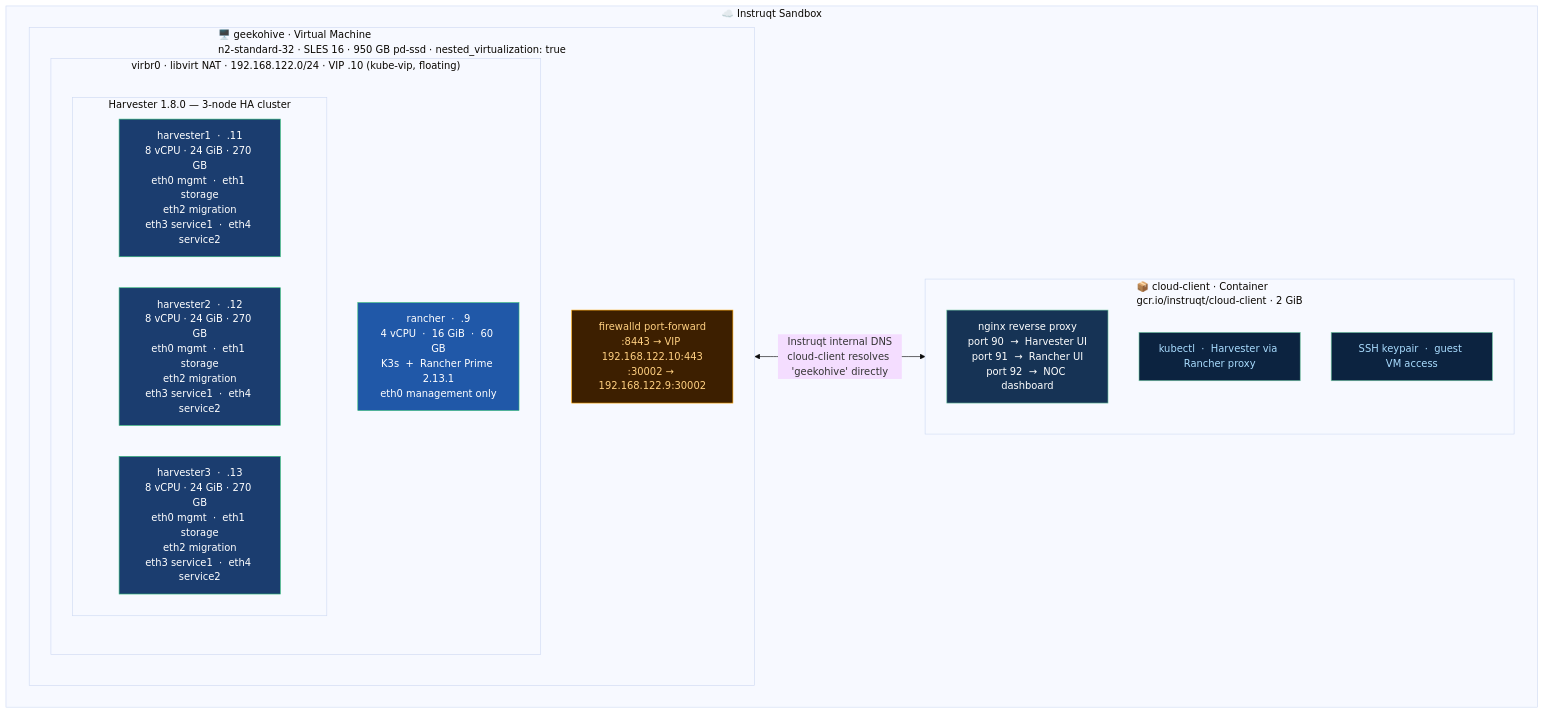
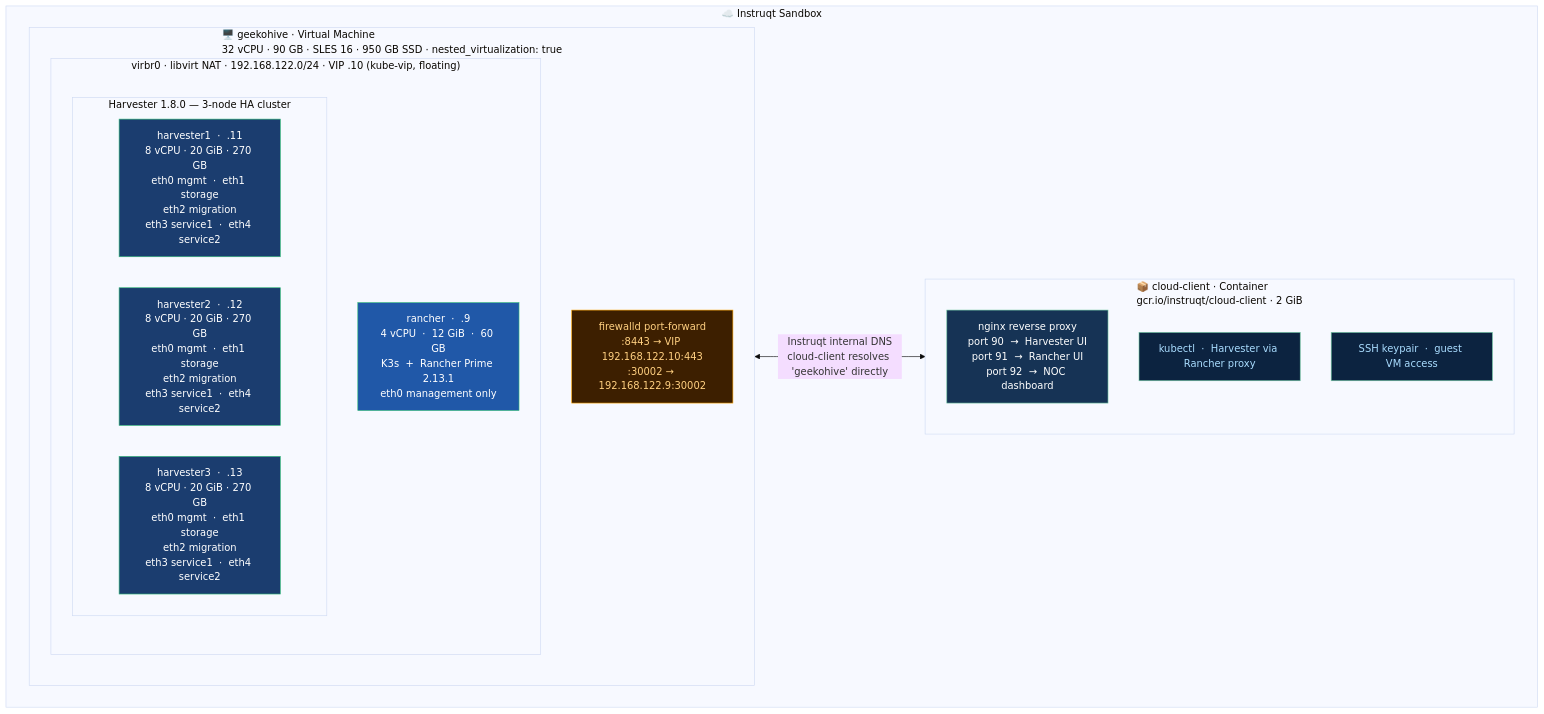
One commit to SUSE-Technical-Marketing/suse-virt-rodeo changed the diagram in assets/diagrams/sandbox-layout.mmd. Above: the diagram before and after it, drawn with Mermaid (base theme). The commit also changed 11 other files, not shown here.

```diff
--- a/assets/diagrams/sandbox-layout.mmd
+++ b/assets/diagrams/sandbox-layout.mmd
@@ -1,41 +1,41 @@
 graph TB
     subgraph SANDBOX["☁️  Instruqt Sandbox"]
         direction LR
 
-        subgraph GH["🖥️  geekohive  ·  Virtual Machine\nn2-standard-32  ·  SLES 16  ·  950 GB pd-ssd  ·  nested_virtualization: true"]
+        subgraph GH["🖥️  geekohive  ·  Virtual Machine\n32 vCPU · 90 GB · SLES 16 · 950 GB SSD · nested_virtualization: true"]
             direction TB
             DNAT["firewalld port-forward\n:8443 → VIP 192.168.122.10:443\n:30002 → 192.168.122.9:30002"]
 
             subgraph VIRBR["virbr0  ·  libvirt NAT  ·  192.168.122.0/24  ·  VIP .10 (kube-vip, floating)"]
                 direction TB
                 subgraph HVC["Harvester 1.8.0  —  3-node HA cluster"]
                     direction LR
-                    H1["harvester1  ·  .11\n8 vCPU · 24 GiB · 270 GB\neth0 mgmt  ·  eth1 storage\neth2 migration\neth3 service1  ·  eth4 service2"]
-                    H2["harvester2  ·  .12\n8 vCPU · 24 GiB · 270 GB\neth0 mgmt  ·  eth1 storage\neth2 migration\neth3 service1  ·  eth4 service2"]
-                    H3["harvester3  ·  .13\n8 vCPU · 24 GiB · 270 GB\neth0 mgmt  ·  eth1 storage\neth2 migration\neth3 service1  ·  eth4 service2"]
+                    H1["harvester1  ·  .11\n8 vCPU · 20 GiB · 270 GB\neth0 mgmt  ·  eth1 storage\neth2 migration\neth3 service1  ·  eth4 service2"]
+                    H2["harvester2  ·  .12\n8 vCPU · 20 GiB · 270 GB\neth0 mgmt  ·  eth1 storage\neth2 migration\neth3 service1  ·  eth4 service2"]
+                    H3["harvester3  ·  .13\n8 vCPU · 20 GiB · 270 GB\neth0 mgmt  ·  eth1 storage\neth2 migration\neth3 service1  ·  eth4 service2"]
                 end
-                RN["rancher  ·  .9\n4 vCPU  ·  16 GiB  ·  60 GB\nK3s  +  Rancher Prime 2.13.1\neth0 management only"]
+                RN["rancher  ·  .9\n4 vCPU  ·  12 GiB  ·  60 GB\nK3s  +  Rancher Prime 2.13.1\neth0 management only"]
             end
         end
 
         subgraph CC["📦  cloud-client  ·  Container\ngcr.io/instruqt/cloud-client  ·  2 GiB"]
             direction TB
             NGX["nginx reverse proxy\nport 90  →  Harvester UI\nport 91  →  Rancher UI\nport 92  →  NOC dashboard"]
             KCT["kubectl  ·  Harvester via Rancher proxy"]
             SSH_KEY["SSH keypair  ·  guest VM access"]
         end
     end
 
     GH <-->|"Instruqt internal DNS\ncloud-client resolves 'geekohive' directly"| CC
 
     classDef harvester fill:#1B3D6F,stroke:#30BA78,color:#fff
     classDef rancher   fill:#2058A8,stroke:#30BA78,color:#fff
     classDef nginx     fill:#163355,stroke:#6EC6A0,color:#fff
     classDef dnat      fill:#3D1F00,stroke:#FFA500,color:#FFD080
     classDef util      fill:#0C2340,stroke:#6EC6A0,color:#adf
 
     class H1,H2,H3 harvester
     class RN rancher
     class NGX nginx
     class DNAT dnat
     class KCT,SSH_KEY util
```
